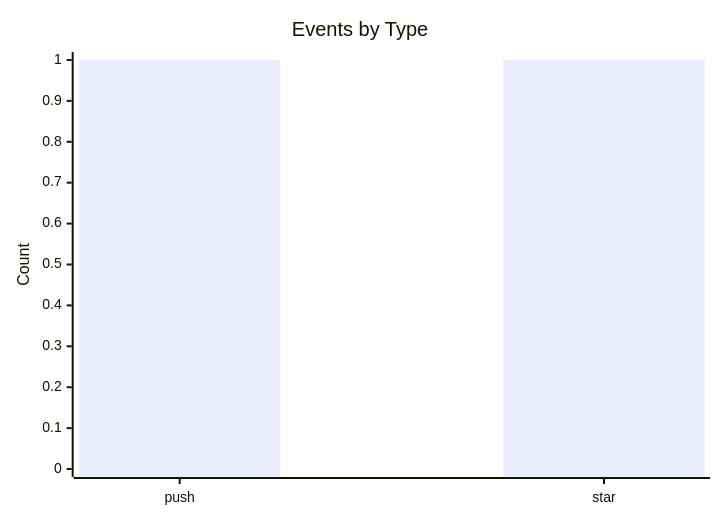
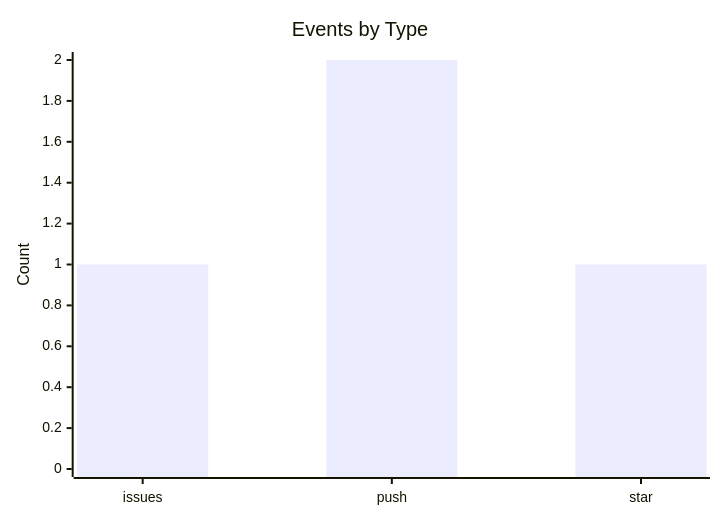
Before and after one commit to lunarshe11/lunarshe11: the third of 3 diagrams in README.md, drawn with Mermaid. The commit also changed other lines of this file, not shown here.

````diff
--- a/README.md
+++ b/README.md
@@ -36,7 +37,7 @@
 ```mermaid
 xychart-beta
     title "Events by Type"
-    x-axis ["push", "star"]
-    y-axis "Count" 0 --> 1
-    bar [1, 1]
+    x-axis ["issues", "push", "star"]
+    y-axis "Count" 0 --> 2
+    bar [1, 2, 1]
 ```
````
